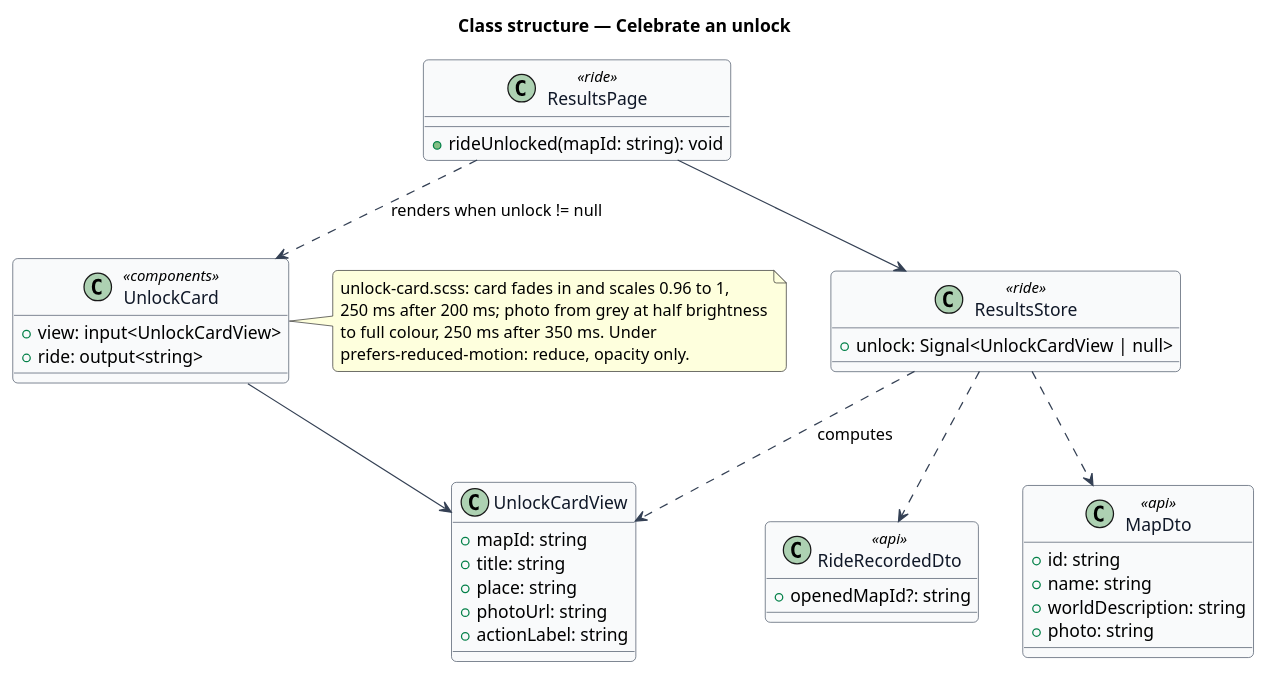
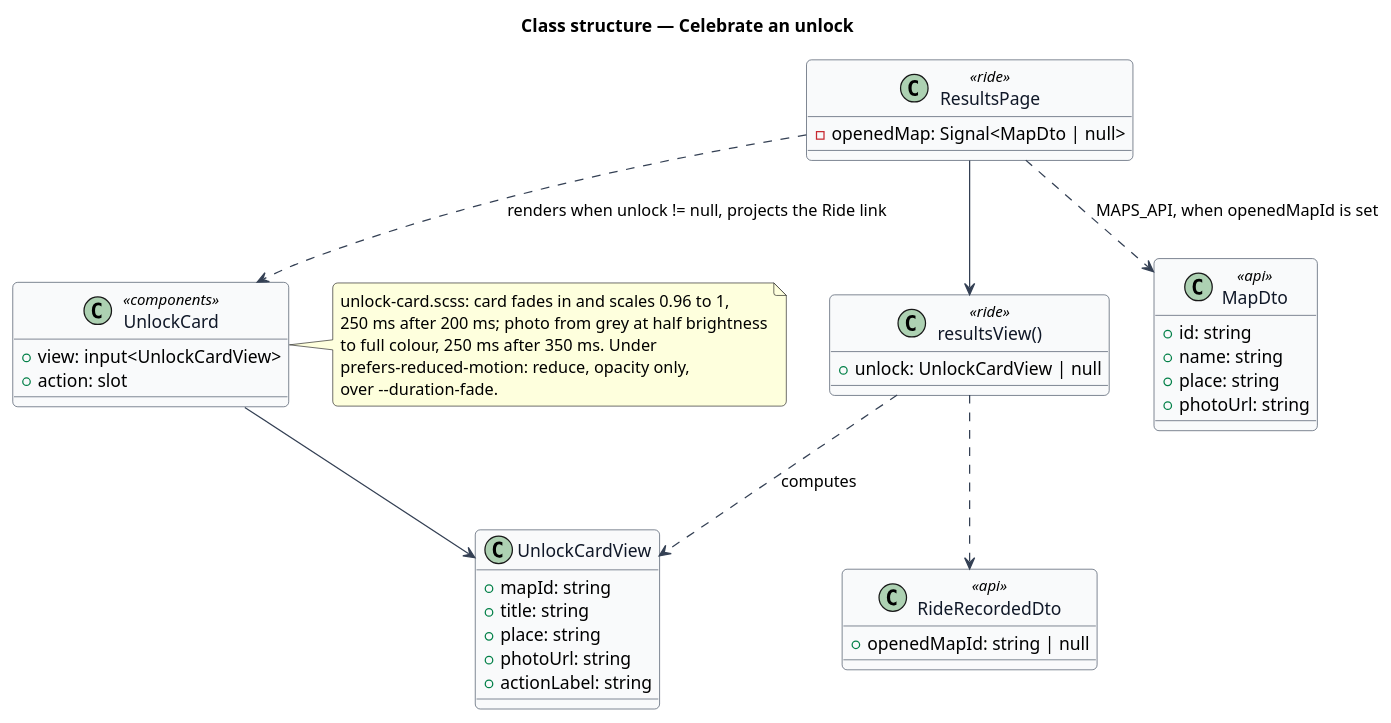
The diagram in docs/detailed-designs/results/celebrate-an-unlock/diagrams/class-structure.puml (QuinntyneBrown/ride-one), drawn with PlantUML before and after one commit. The commit also changed 10 other files, not shown here.

First line of the commit message:
Bring the unlock card's design in line with Results as built

```diff
--- a/docs/detailed-designs/results/celebrate-an-unlock/diagrams/class-structure.puml
+++ b/docs/detailed-designs/results/celebrate-an-unlock/diagrams/class-structure.puml
@@ -1,53 +1,54 @@
 @startuml
 ' --- shared skin header ---
 skinparam backgroundColor #FFFFFF
 skinparam shadowing false
 skinparam roundcorner 8
 skinparam defaultFontName Arial
 skinparam ArrowColor #344054
 skinparam class {
   BorderColor #344054
   FontColor #101828
   BackgroundColor #F9FAFB
 }
 ' --------------------------
 title Class structure — Celebrate an unlock
 class UnlockCardView {
   +mapId: string
   +title: string
   +place: string
   +photoUrl: string
   +actionLabel: string
 }
 class UnlockCard <<components>> {
   +view: input<UnlockCardView>
-  +ride: output<string>
+  +action: slot
 }
-class ResultsStore <<ride>> {
-  +unlock: Signal<UnlockCardView | null>
+class "resultsView()" as ResultsViewFn <<ride>> {
+  +unlock: UnlockCardView | null
 }
 class ResultsPage <<ride>> {
-  +rideUnlocked(mapId: string): void
+  -openedMap: Signal<MapDto | null>
 }
 class RideRecordedDto <<api>> {
-  +openedMapId?: string
+  +openedMapId: string | null
 }
 class MapDto <<api>> {
   +id: string
   +name: string
-  +worldDescription: string
-  +photo: string
+  +place: string
+  +photoUrl: string
 }
-ResultsPage --> ResultsStore
-ResultsPage ..> UnlockCard : renders when unlock != null
-ResultsStore ..> RideRecordedDto
-ResultsStore ..> MapDto
-ResultsStore ..> UnlockCardView : computes
+ResultsPage --> ResultsViewFn
+ResultsPage ..> UnlockCard : renders when unlock != null, projects the Ride link
+ResultsPage ..> MapDto : MAPS_API, when openedMapId is set
+ResultsViewFn ..> RideRecordedDto
+ResultsViewFn ..> UnlockCardView : computes
 UnlockCard --> UnlockCardView
 note right of UnlockCard
 unlock-card.scss: card fades in and scales 0.96 to 1,
 250 ms after 200 ms; photo from grey at half brightness
 to full colour, 250 ms after 350 ms. Under
-prefers-reduced-motion: reduce, opacity only.
+prefers-reduced-motion: reduce, opacity only,
+over --duration-fade.
 end note
 @enduml
```
